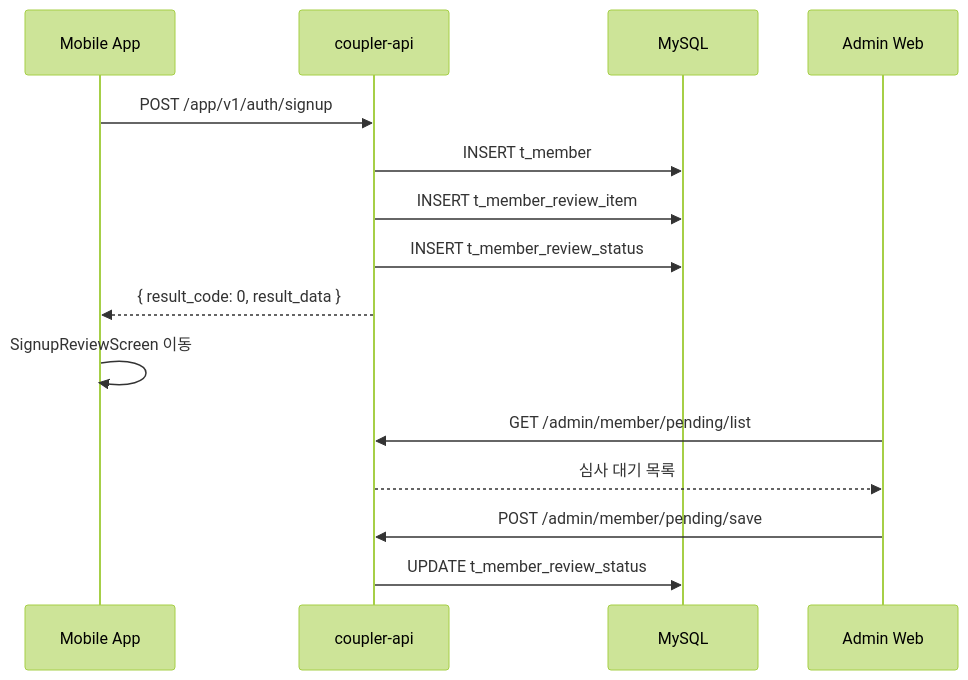
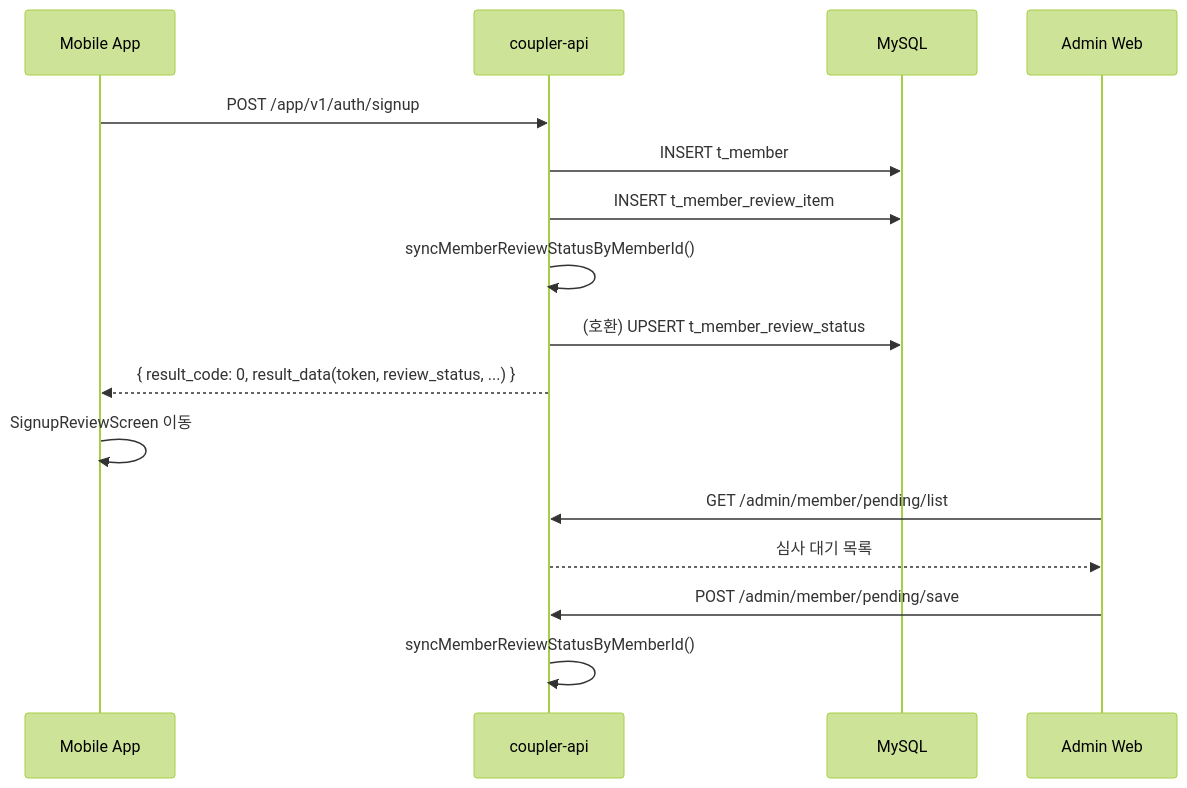
Before and after one commit to coupler-developer/docs: the diagram in content/flows/cross-project/user-registration-flow.md, drawn with Mermaid (forest theme). The commit also changed other lines of this file and 1 other file, not shown here.

First line of the commit message:
docs: signup 응답 계약과 플로우 문서 동기화

````diff
--- a/content/flows/cross-project/user-registration-flow.md
+++ b/content/flows/cross-project/user-registration-flow.md
@@ -15,18 +15,19 @@
 ```mermaid
 sequenceDiagram
     participant App as Mobile App
     participant API as coupler-api
     participant DB as MySQL
     participant Admin as Admin Web
 
     App->>API: POST /app/v1/auth/signup
     API->>DB: INSERT t_member
     API->>DB: INSERT t_member_review_item
-    API->>DB: INSERT t_member_review_status
-    API-->>App: { result_code: 0, result_data }
+    API->>API: syncMemberReviewStatusByMemberId()
+    API->>DB: (호환) UPSERT t_member_review_status
+    API-->>App: { result_code: 0, result_data(token, review_status, ...) }
     App->>App: SignupReviewScreen 이동
     Admin->>API: GET /admin/member/pending/list
     API-->>Admin: 심사 대기 목록
     Admin->>API: POST /admin/member/pending/save
-    API->>DB: UPDATE t_member_review_status
+    API->>API: syncMemberReviewStatusByMemberId()
 ```
````
